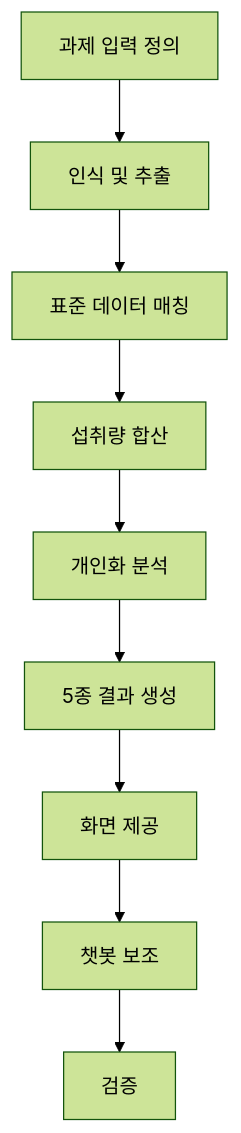
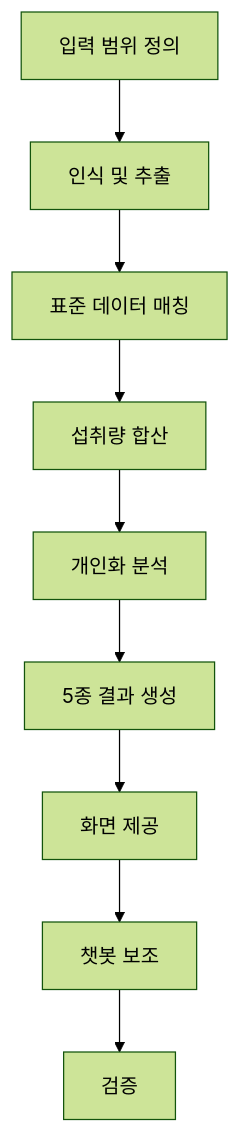
The first of 2 diagrams in docs/presentations/mentor-first-meeting/02-mvp-implementation-proposal.md (Lemon-Aid-KDT/Lemon-sin), drawn with Mermaid (forest theme) before and after one commit. The commit also changed other lines of this file and 78 other files, not shown here.

````diff
--- a/docs/presentations/mentor-first-meeting/02-mvp-implementation-proposal.md
+++ b/docs/presentations/mentor-first-meeting/02-mvp-implementation-proposal.md
@@ -53,11 +53,11 @@
 ```mermaid
 flowchart TD
-    A[과제 입력 정의] --> B[인식 및 추출]
+    A[입력 범위 정의] --> B[인식 및 추출]
     B --> C[표준 데이터 매칭]
     C --> D[섭취량 합산]
     D --> E[개인화 분석]
     E --> F[5종 결과 생성]
     F --> G[화면 제공]
     G --> H[챗봇 보조]
     H --> I[검증]
 ```
````
